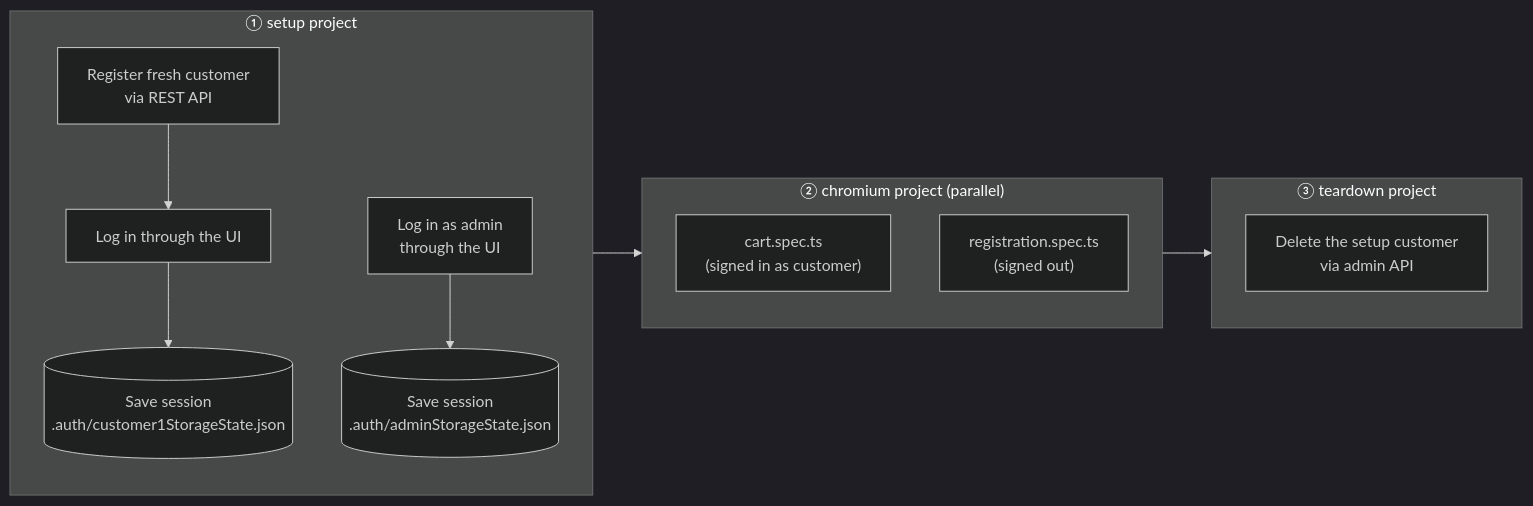
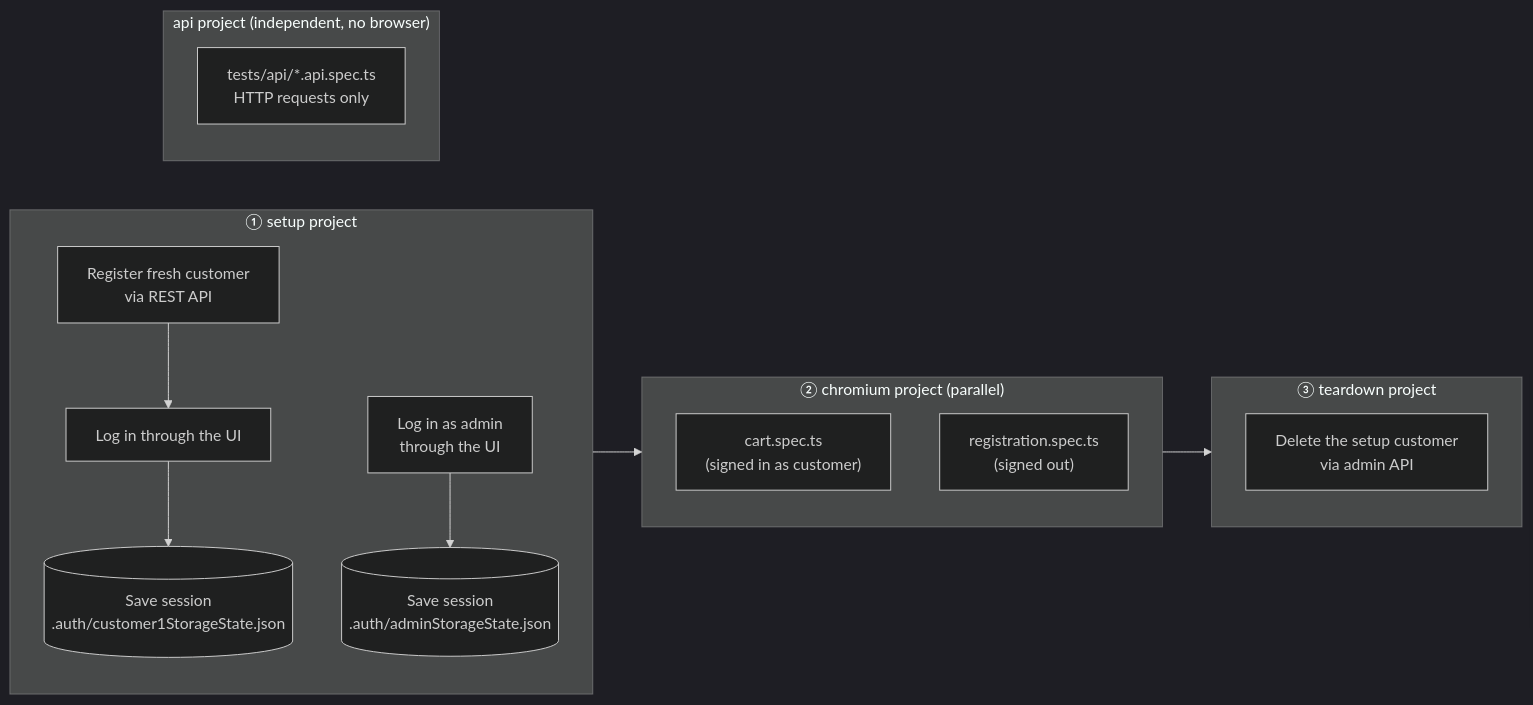
The first of 4 diagrams in README.md (hathihuyen/ecom-test-project-playwright), drawn with Mermaid (dark theme) before and after one commit. The commit also changed other lines of this file and 20 other files, not shown here.

Commit message:
implement the API test suite for contract checks of products, carts, and users: zod schemas, endpoint clients, toMatchSchema matcher, api project, and update README

````diff
--- a/README.md
+++ b/README.md
@@ -234,19 +240,23 @@
 ```mermaid
 flowchart LR
     subgraph setup ["① setup project"]
         A1["Register fresh customer<br/>via REST API"] --> A2["Log in through the UI"]
         A2 --> A3[("Save session<br/>.auth/customer1StorageState.json")]
         B1["Log in as admin<br/>through the UI"] --> B2[("Save session<br/>.auth/adminStorageState.json")]
     end
 
     subgraph tests ["② chromium project (parallel)"]
         T1["cart.spec.ts<br/>(signed in as customer)"]
         T2["registration.spec.ts<br/>(signed out)"]
     end
 
     subgraph teardown ["③ teardown project"]
         C1["Delete the setup customer<br/>via admin API"]
     end
 
+    subgraph api ["api project (independent, no browser)"]
+        P1["tests/api/*.api.spec.ts<br/>HTTP requests only"]
+    end
+
     setup --> tests --> teardown
 ```
````
